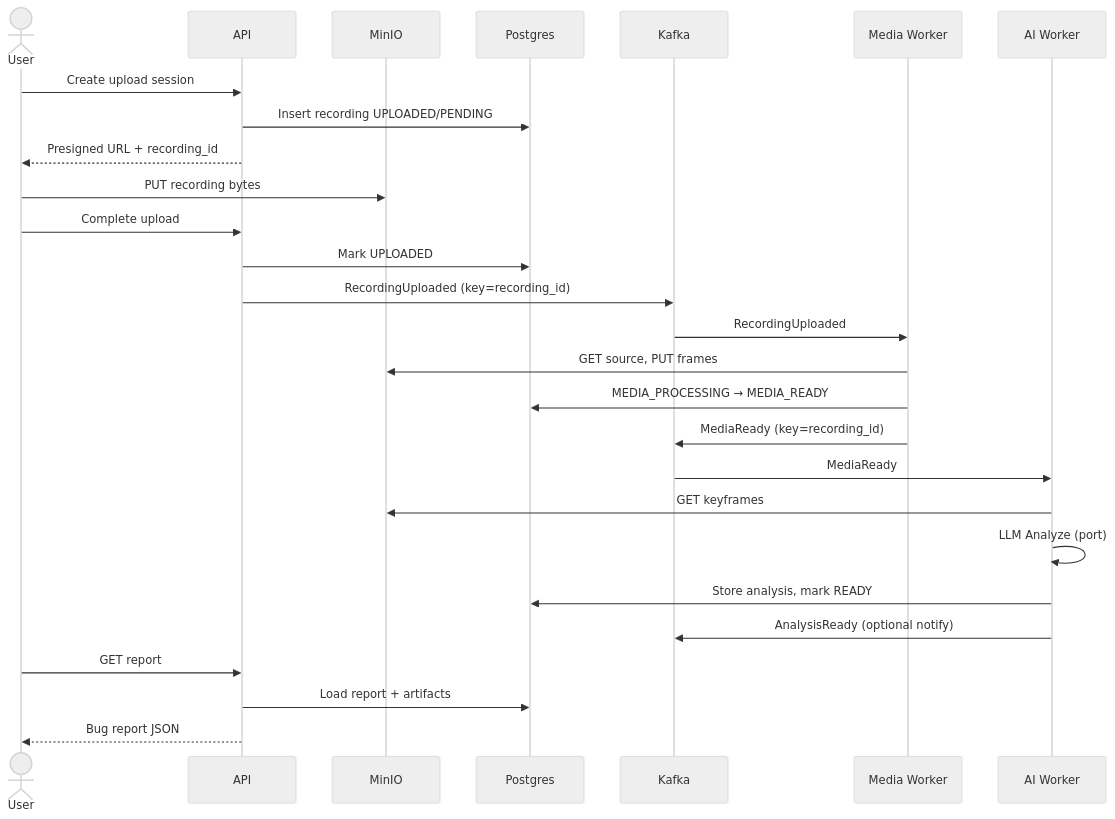
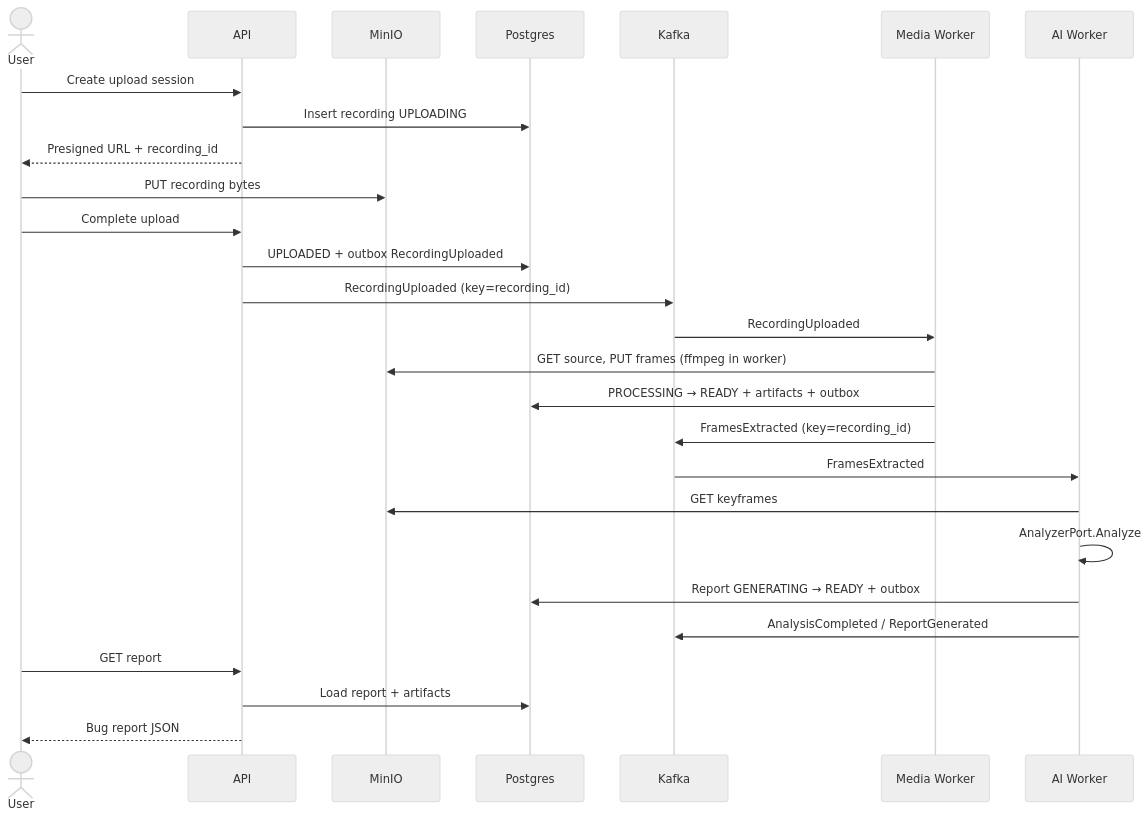
Before and after one commit to Brohammad/BugSathi: the third of 5 diagrams in docs/architecture/DIAGRAMS.md, drawn with Mermaid (neutral theme). The commit also changed other lines of this file and 11 other files, not shown here.

First line of the commit message:
Lock Milestone 1 with approved architectural refinements.

````diff
--- a/docs/architecture/DIAGRAMS.md
+++ b/docs/architecture/DIAGRAMS.md
@@ -56,33 +55,33 @@
 ```mermaid
 sequenceDiagram
     actor U as User
     participant API as API
     participant S3 as MinIO
     participant DB as Postgres
     participant K as Kafka
     participant M as Media Worker
     participant A as AI Worker
 
     U->>API: Create upload session
-    API->>DB: Insert recording UPLOADED/PENDING
+    API->>DB: Insert recording UPLOADING
     API-->>U: Presigned URL + recording_id
     U->>S3: PUT recording bytes
     U->>API: Complete upload
-    API->>DB: Mark UPLOADED
+    API->>DB: UPLOADED + outbox RecordingUploaded
     API->>K: RecordingUploaded (key=recording_id)
 
     K->>M: RecordingUploaded
-    M->>S3: GET source, PUT frames
-    M->>DB: MEDIA_PROCESSING → MEDIA_READY
-    M->>K: MediaReady (key=recording_id)
+    M->>S3: GET source, PUT frames (ffmpeg in worker)
+    M->>DB: PROCESSING → READY + artifacts + outbox
+    M->>K: FramesExtracted (key=recording_id)
 
-    K->>A: MediaReady
+    K->>A: FramesExtracted
     A->>S3: GET keyframes
-    A->>A: LLM Analyze (port)
-    A->>DB: Store analysis, mark READY
-    A->>K: AnalysisReady (optional notify)
+    A->>A: AnalyzerPort.Analyze
+    A->>DB: Report GENERATING → READY + outbox
+    A->>K: AnalysisCompleted / ReportGenerated
 
     U->>API: GET report
     API->>DB: Load report + artifacts
     API-->>U: Bug report JSON
 ```
````
